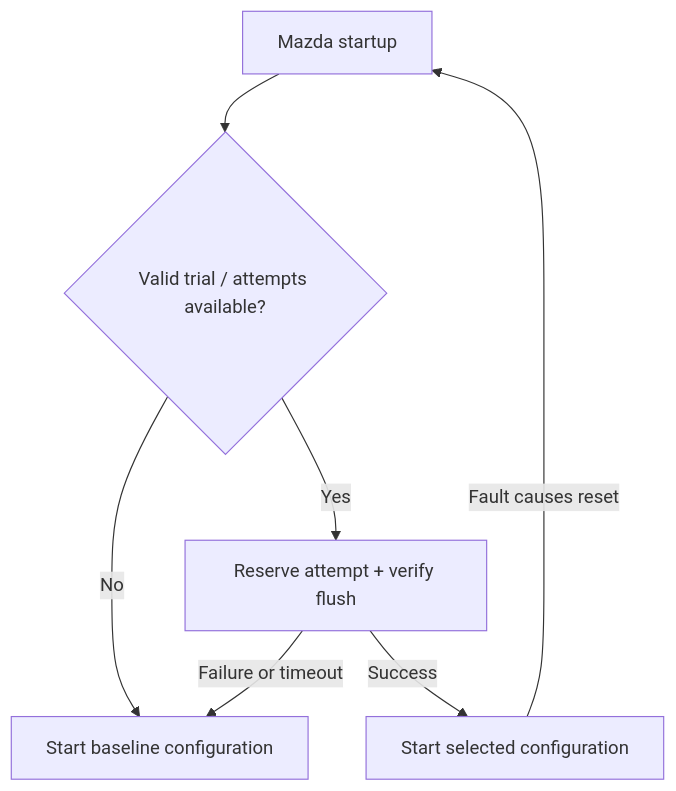
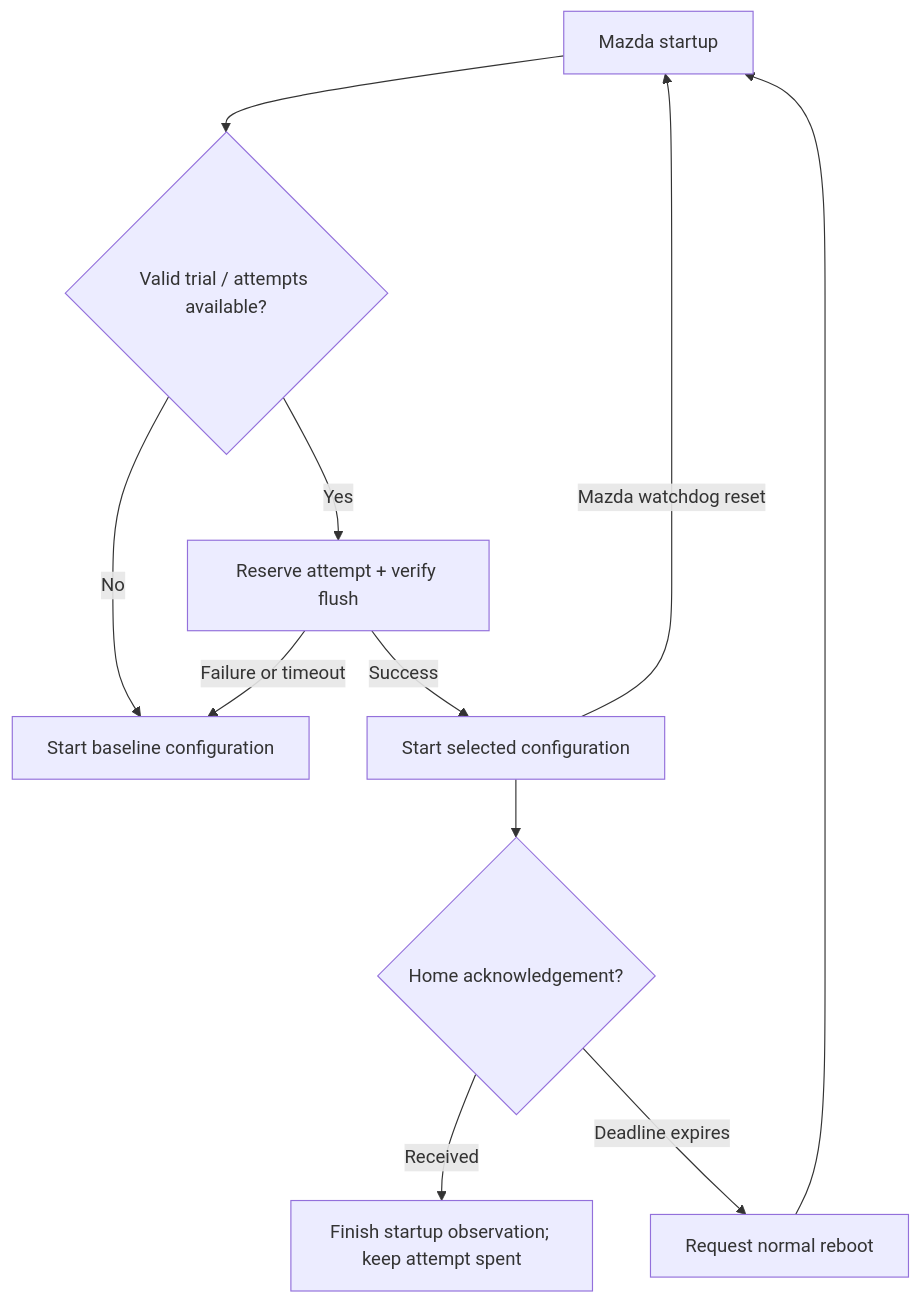
The diagram in docs/extension-architecture.md (aeharding/open-connect), drawn with Mermaid before and after one commit. The commit also changed other lines of this file and 14 other files, not shown here.

Commit message:
Recover a stuck selected startup with an independent Home deadline

```diff
--- a/docs/extension-architecture.md
+++ b/docs/extension-architecture.md
@@ -14,9 +15,13 @@
 ~~~mermaid
 flowchart TD
     Boot["Mazda startup"] --> Select{"Valid trial / attempts available?"}
     Select -->|No| Baseline["Start baseline configuration"]
     Select -->|Yes| Consume["Reserve attempt + verify flush"]
     Consume -->|Failure or timeout| Baseline
     Consume -->|Success| Trial["Start selected configuration"]
-    Trial -->|Fault causes reset| Boot
+    Trial --> Watch{"Home acknowledgement?"}
+    Watch -->|Received| Ready["Finish startup observation; keep attempt spent"]
+    Watch -->|Deadline expires| Restart["Request normal reboot"]
+    Restart --> Boot
+    Trial -->|Mazda watchdog reset| Boot
 ~~~
```
